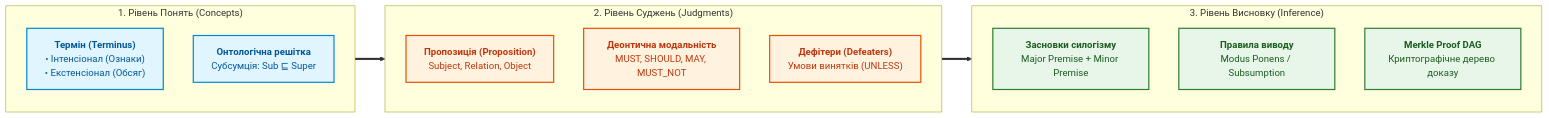
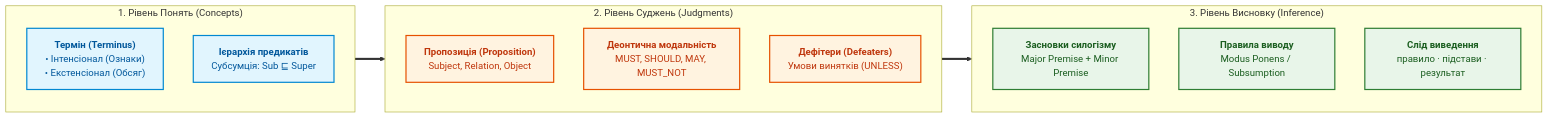
The second of 5 diagrams in ExpertSystem/ch31-syllogistic-reasoning-and-relation-lattices.md (nick-fedchik/articles), drawn with Mermaid before and after one commit. The commit also changed other lines of this file and 20 other files, not shown here.

````diff
--- a/ExpertSystem/ch31-syllogistic-reasoning-and-relation-lattices.md
+++ b/ExpertSystem/ch31-syllogistic-reasoning-and-relation-lattices.md
@@ -86,35 +86,35 @@
 ```mermaid
 flowchart LR
     accTitle: Тріада мислення: Поняття, Судження, Висновок
     accDescr: Структурний перехід від сутностей та предикатів до доведених силогізмів.
 
     subgraph Level1["1. Рівень Понять (Concepts)"]
         direction TB
         TERM["<b>Термін (Terminus)</b><br/>• Інтенсіонал (Ознаки)<br/>• Екстенсіонал (Обсяг)"]
-        LATTICE["<b>Онтологічна решітка</b><br/>Субсумція: Sub ⊑ Super"]
+        LATTICE["<b>Ієрархія предикатів</b><br/>Субсумція: Sub ⊑ Super"]
     end
 
     subgraph Level2["2. Рівень Суджень (Judgments)"]
         direction TB
         PROP["<b>Пропозиція (Proposition)</b><br/>Subject, Relation, Object"]
         MODAL["<b>Деонтична модальність</b><br/>MUST, SHOULD, MAY, MUST_NOT"]
         DEFEAT["<b>Дефітери (Defeaters)</b><br/>Умови винятків (UNLESS)"]
     end
 
     subgraph Level3["3. Рівень Висновку (Inference)"]
         direction TB
         PREM["<b>Засновки силогізму</b><br/>Major Premise + Minor Premise"]
         RULES["<b>Правила виводу</b><br/>Modus Ponens / Subsumption"]
-        DAG["<b>Merkle Proof DAG</b><br/>Криптографічне дерево доказу"]
+        DAG["<b>Слід виведення</b><br/>правило · підстави · результат"]
     end
 
     Level1 ==> Level2 ==> Level3
 
     classDef c1 fill:#e1f5fe,stroke:#0288d1,stroke-width:2px,color:#01579b;
     classDef c2 fill:#fff3e0,stroke:#e65100,stroke-width:2px,color:#bf360c;
     classDef c3 fill:#e8f5e9,stroke:#2e7d32,stroke-width:2px,color:#1b5e20;
 
     class TERM,LATTICE c1;
     class PROP,MODAL,DEFEAT c2;
     class PREM,RULES,DAG c3;
 ```
````
